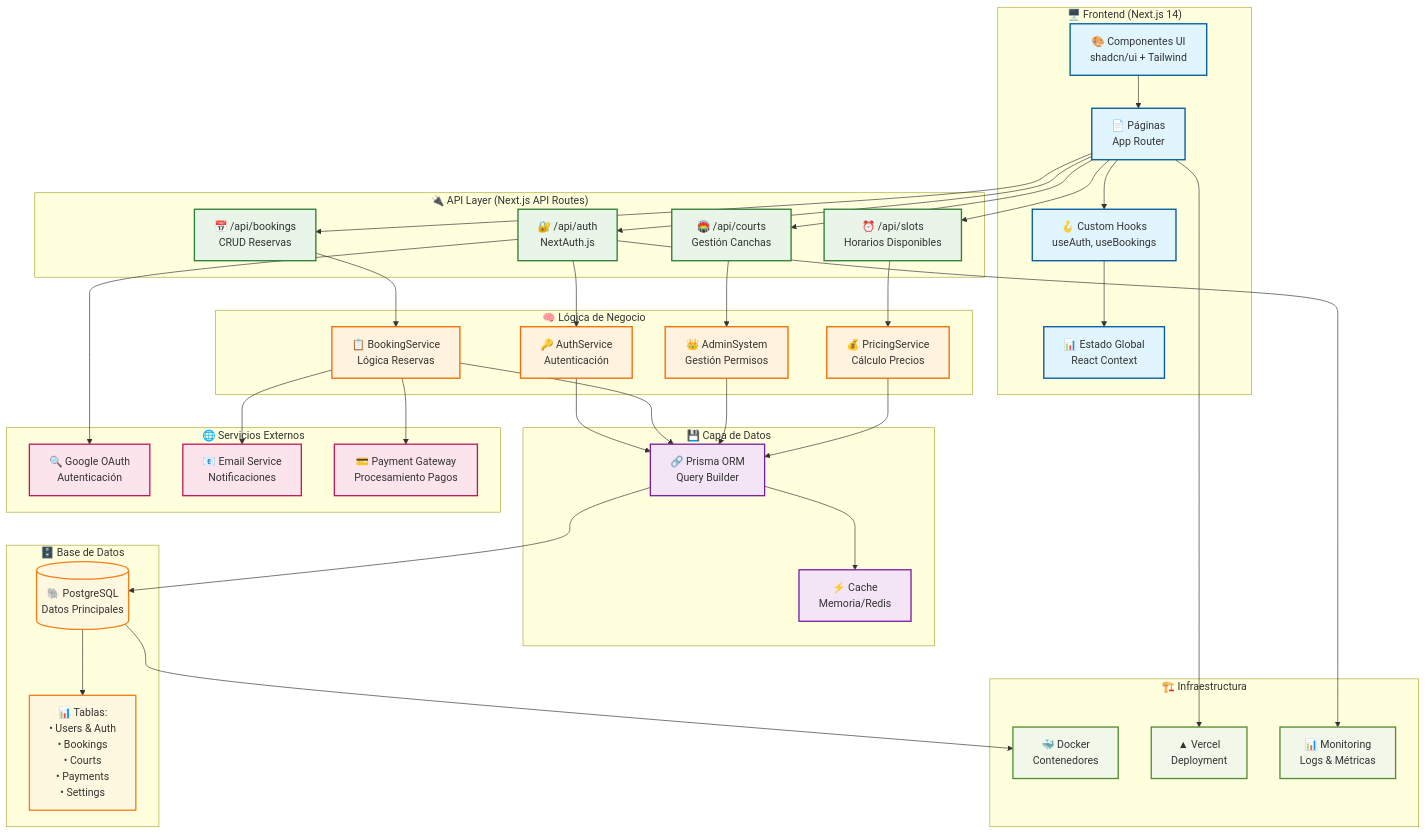
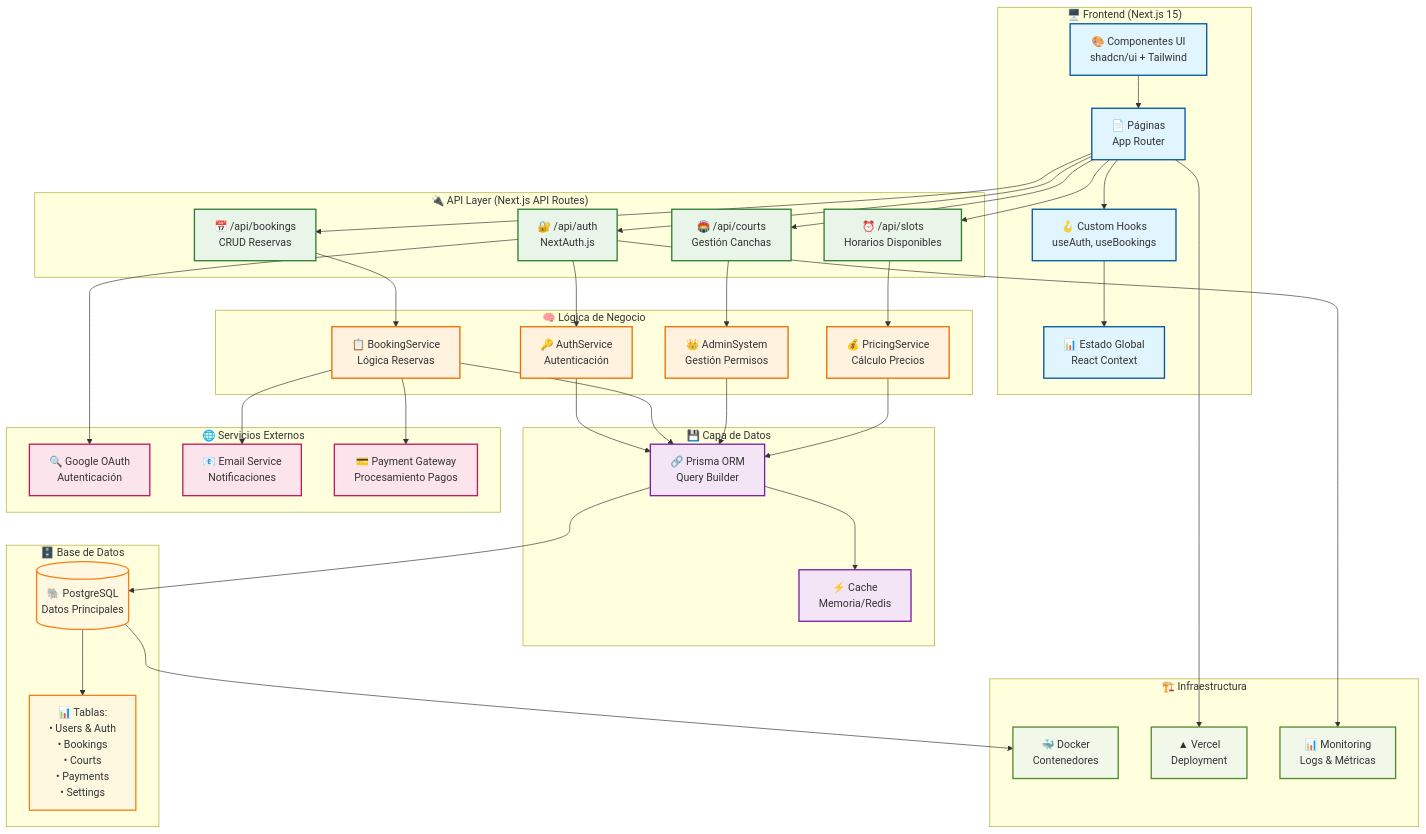
Before and after one commit to chino-hash/turnero-padel: the diagram in docs/architecture/system-architecture.md, drawn with Mermaid. The commit also changed other lines of this file and 25 other files, not shown here.

````diff
--- a/docs/architecture/system-architecture.md
+++ b/docs/architecture/system-architecture.md
@@ -9,7 +9,7 @@
 ```mermaid
 graph TB
     %% Frontend Layer
-    subgraph "🖥️ Frontend (Next.js 14)"
+    subgraph "🖥️ Frontend (Next.js 15)"
         UI["🎨 Componentes UI<br/>shadcn/ui + Tailwind"]
         Pages["📄 Páginas<br/>App Router"]
         Hooks["🪝 Custom Hooks<br/>useAuth, useBookings"]
````
